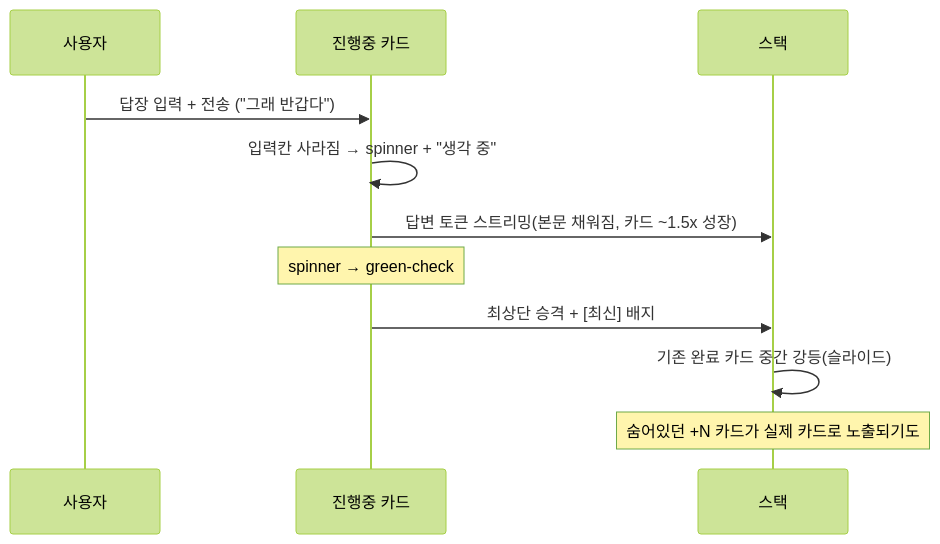
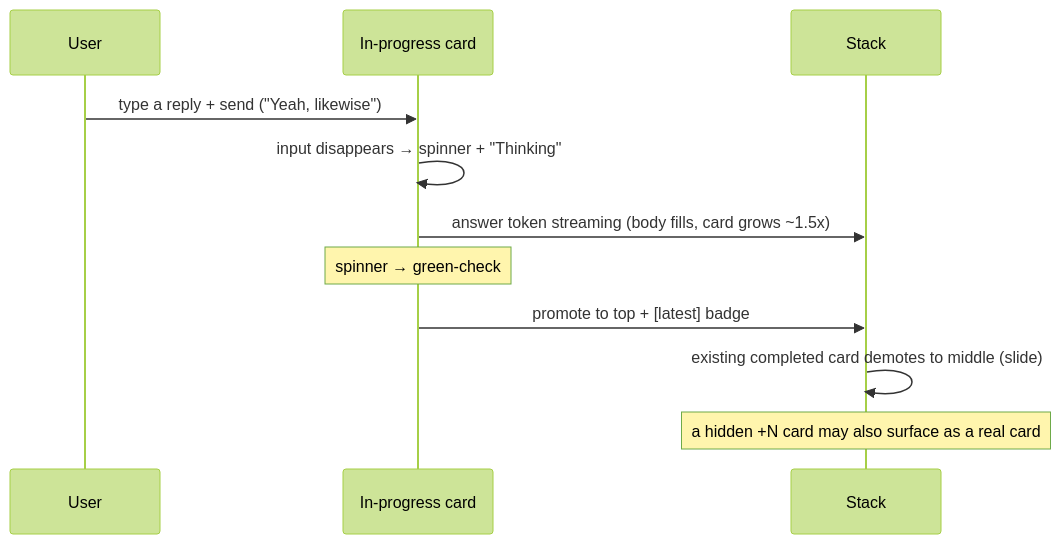
One commit to amsminn/Claude-Pet changed the sixth of 8 diagrams in docs/04-pet-ui/pet-and-cards.md. Above: the diagram before and after it, drawn with Mermaid (forest theme). The commit also changed other lines of this file and 48 other files, not shown here.

````diff
--- a/docs/04-pet-ui/pet-and-cards.md
+++ b/docs/04-pet-ui/pet-and-cards.md
@@ -304,13 +304,13 @@
 ```mermaid
 sequenceDiagram
-    participant U as 사용자
-    participant Card as 진행중 카드
-    participant Stack as 스택
-    U->>Card: 답장 입력 + 전송 ("그래 반갑다")
-    Card->>Card: 입력칸 사라짐 → spinner + "생각 중"
-    Card->>Stack: 답변 토큰 스트리밍(본문 채워짐, 카드 ~1.5x 성장)
+    participant U as User
+    participant Card as In-progress card
+    participant Stack as Stack
+    U->>Card: type a reply + send ("Yeah, likewise")
+    Card->>Card: input disappears → spinner + "Thinking"
+    Card->>Stack: answer token streaming (body fills, card grows ~1.5x)
     Note over Card: spinner → green-check
-    Card->>Stack: 최상단 승격 + [최신] 배지
-    Stack->>Stack: 기존 완료 카드 중간 강등(슬라이드)
-    Note over Stack: 숨어있던 +N 카드가 실제 카드로 노출되기도
+    Card->>Stack: promote to top + [latest] badge
+    Stack->>Stack: existing completed card demotes to middle (slide)
+    Note over Stack: a hidden +N card may also surface as a real card
 ```
````
